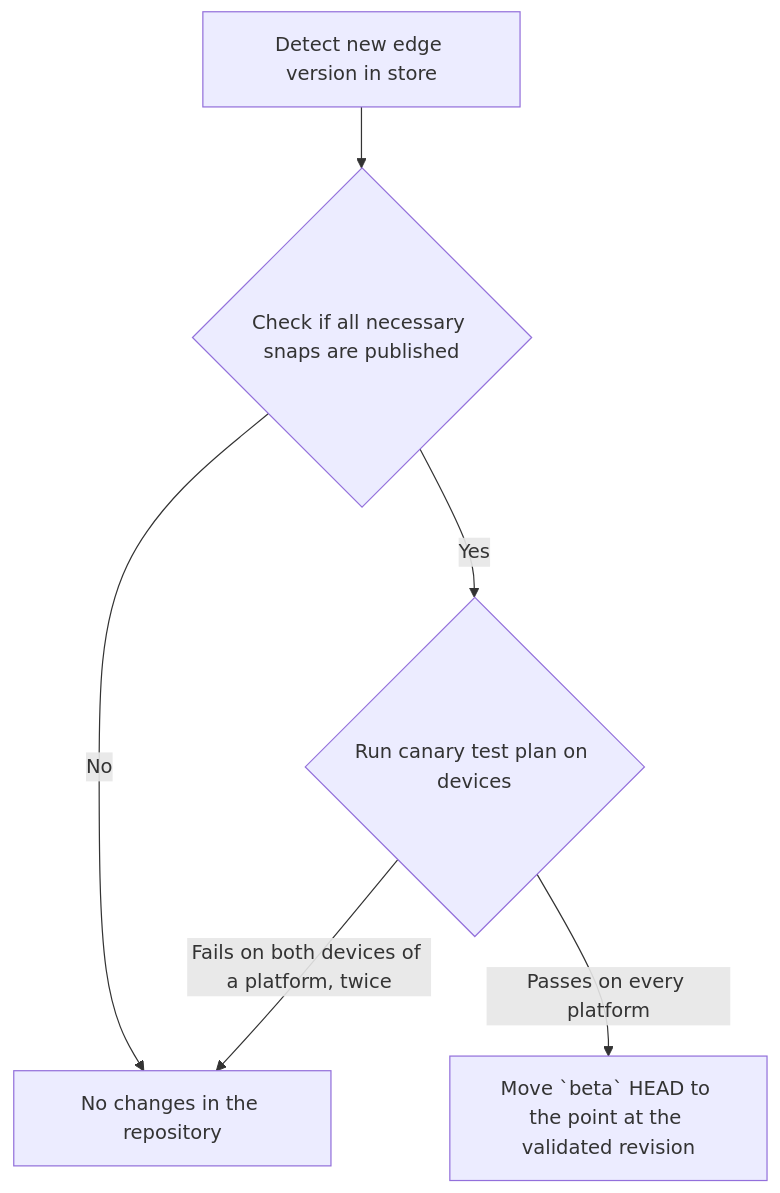
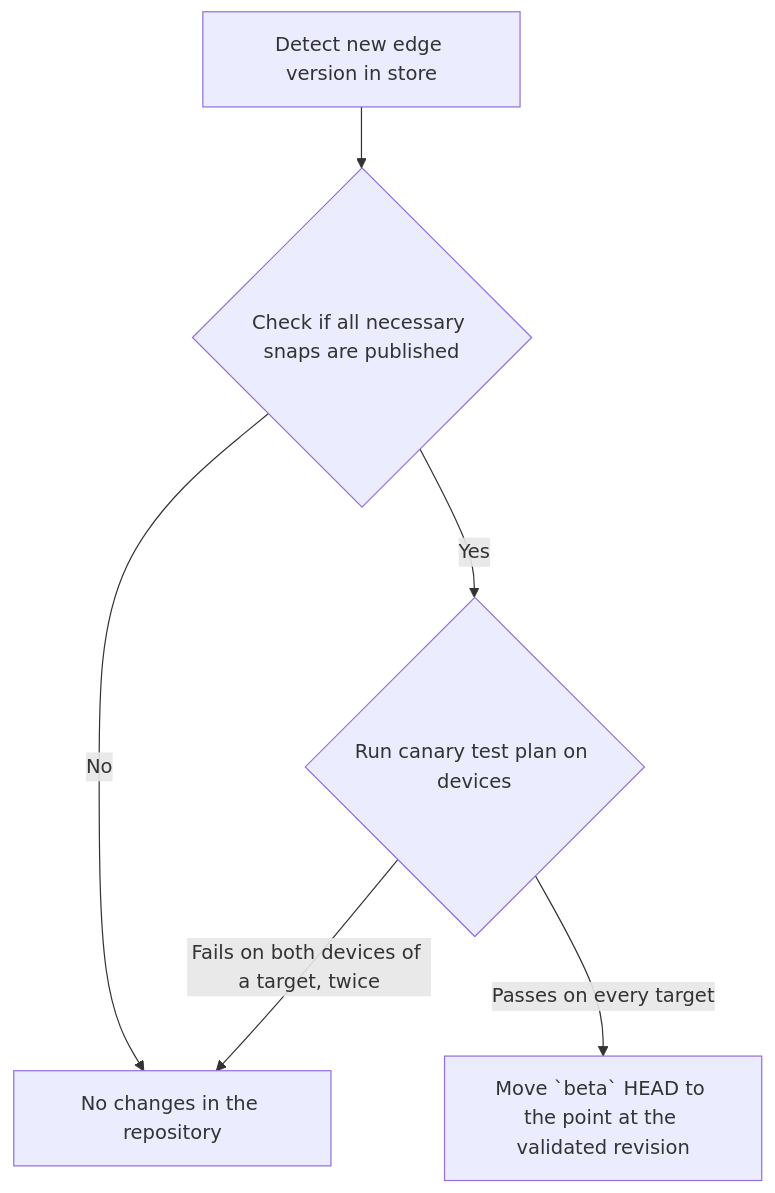
One commit to canonical/checkbox changed the second of 3 diagrams in docs/explanation/release_process/validation_pipeline_execution.rst. Above: the diagram before and after it, drawn with Mermaid. The commit also changed other lines of this file and 5 other files, not shown here.

```diff
--- a/docs/explanation/release_process/validation_pipeline_execution.rst
+++ b/docs/explanation/release_process/validation_pipeline_execution.rst
@@ -40,15 +41,15 @@
 .. mermaid::
 
     graph TB
 
         A[Detect new edge version in store]
         B{Check if all necessary snaps are published}
         C{Run canary test plan on devices}
         D[No changes in the repository]
         E[Move `beta` HEAD to the point at the validated revision]
 
         A --> B
         B -->|No| D
         B -->|Yes| C
-        C -->|Passes on every platform| E
-        C -->|Fails on both devices of a platform, twice| D
+        C -->|Passes on every target| E
+        C -->|Fails on both devices of a target, twice| D
```
